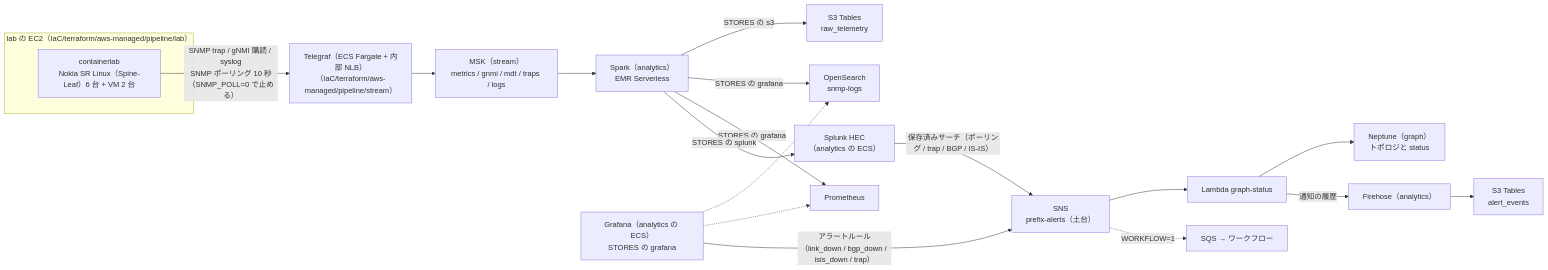
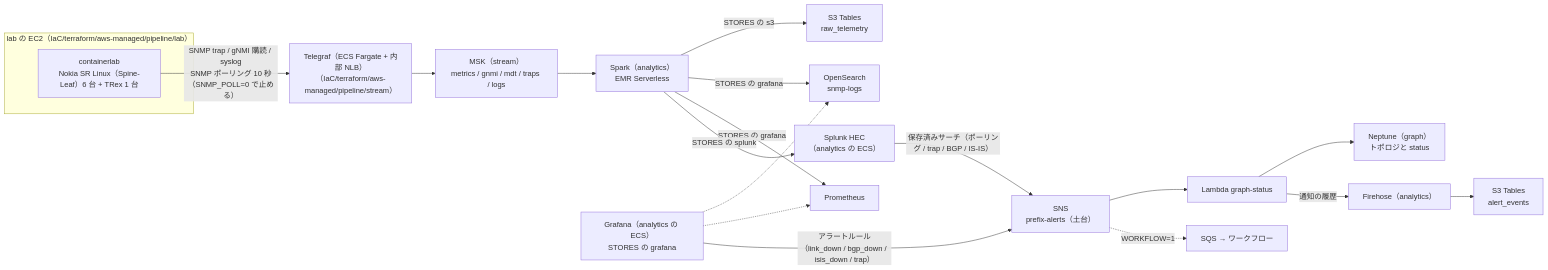
Before and after one commit to eddie-eights/nwc-poc: the first of 2 diagrams in docs/pipeline.md, drawn with Mermaid. The commit also changed other lines of this file and 38 other files, not shown here.

````diff
--- a/docs/pipeline.md
+++ b/docs/pipeline.md
@@ -7,20 +7,20 @@
 ```mermaid
 flowchart LR
   subgraph LABEC2["lab の EC2（IaC/terraform/aws-managed/pipeline/lab）"]
-    CLAB["containerlab<br/>Nokia SR Linux（Spine-Leaf）6 台 + VM 2 台"]
+    CLAB["containerlab<br/>Nokia SR Linux（Spine-Leaf）6 台 + TRex 1 台"]
   end
   CLAB -->|"SNMP trap / gNMI 購読 / syslog<br/>SNMP ポーリング 10 秒（SNMP_POLL=0 で止める）"| TG["Telegraf（ECS Fargate + 内部 NLB）<br/>（IaC/terraform/aws-managed/pipeline/stream）"]
   TG --> MSK["MSK（stream）<br/>metrics / gnmi / mdt / traps / logs"]
   MSK --> SPARK["Spark（analytics）<br/>EMR Serverless"]
   SPARK -->|"STORES の s3"| ICE["S3 Tables<br/>raw_telemetry"]
   SPARK -->|"STORES の grafana"| OS["OpenSearch<br/>snmp-logs"]
   SPARK -->|"STORES の grafana"| PROM["Prometheus"]
   SPARK -->|"STORES の splunk"| SPL["Splunk HEC<br/>（analytics の ECS）"]
   GRAF["Grafana（analytics の ECS）<br/>STORES の grafana"] -.-> OS
   GRAF -.-> PROM
   GRAF -->|"アラートルール（link_down / bgp_down / isis_down / trap）"| SNS["SNS<br/>prefix-alerts（土台）"]
   SPL -->|"保存済みサーチ（ポーリング / trap / BGP / IS-IS）"| SNS
   SNS --> GL["Lambda graph-status"] --> NEP["Neptune（graph）<br/>トポロジと status"]
   GL -->|"通知の履歴"| FH["Firehose（analytics）"] --> AEV["S3 Tables<br/>alert_events"]
   SNS -.->|"WORKFLOW=1"| SQS["SQS → ワークフロー"]
 ```
````
